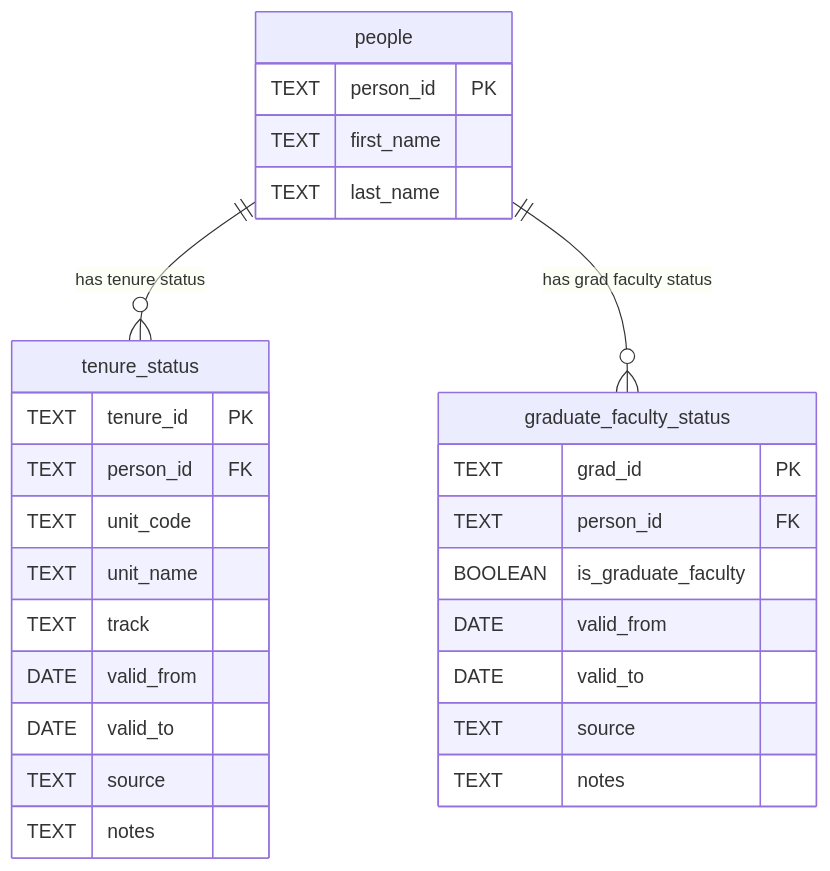
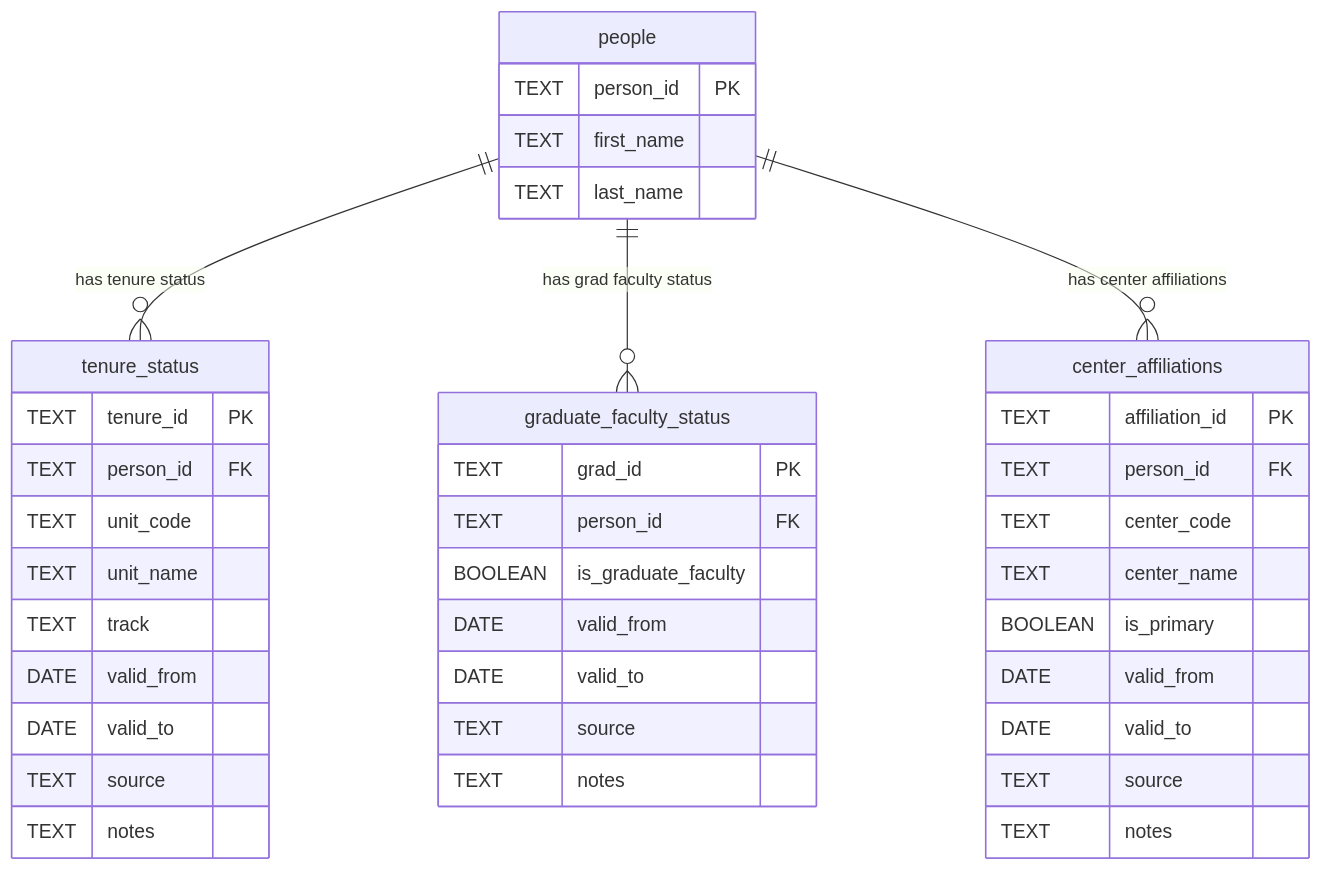
The diagram in README.md (brad-cannell/hc_kpis), drawn with Mermaid before and after one commit. The commit also changed other lines of this file and 3 other files, not shown here.

Commit message:
Add center affiliations schema, loader, and documentation

````diff
--- a/README.md
+++ b/README.md
@@ -48,33 +51,46 @@
 ```mermaid
 erDiagram
     people {
       TEXT person_id PK
       TEXT first_name
       TEXT last_name
     }
 
     tenure_status {
       TEXT tenure_id PK
       TEXT person_id FK
       TEXT unit_code
       TEXT unit_name
       TEXT track
       DATE valid_from
       DATE valid_to
       TEXT source
       TEXT notes
     }
 
     graduate_faculty_status {
       TEXT grad_id PK
       TEXT person_id FK
       BOOLEAN is_graduate_faculty
       DATE valid_from
       DATE valid_to
       TEXT source
       TEXT notes
     }
 
+    center_affiliations {
+      TEXT affiliation_id PK
+      TEXT person_id FK
+      TEXT center_code
+      TEXT center_name
+      BOOLEAN is_primary
+      DATE valid_from
+      DATE valid_to
+      TEXT source
+      TEXT notes
+    }
+
     people ||--o{ tenure_status : "has tenure status"
     people ||--o{ graduate_faculty_status : "has grad faculty status"
+    people ||--o{ center_affiliations : "has center affiliations"
 ```
````
